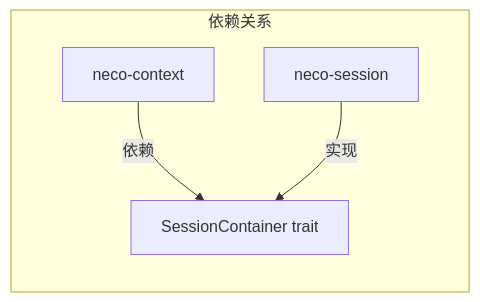
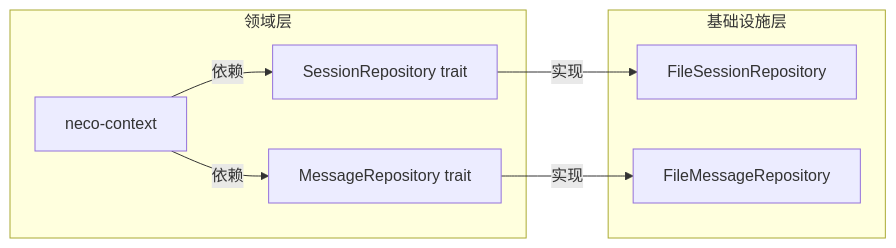
One commit to MiyakoMeow/neco changed the second of 5 diagrams in progress/TECH-SESSION.md. Above: the diagram before and after it, drawn with Mermaid. The commit also changed other lines of this file and 11 other files, not shown here.

````diff
--- a/progress/TECH-SESSION.md
+++ b/progress/TECH-SESSION.md
@@ -47,7 +61,12 @@
 ```mermaid
 graph LR
-    subgraph "依赖关系"
-        Context[neco-context] -->|依赖| SessionContainer[SessionContainer trait]
-        Session[neco-session] -->|实现| SessionContainer
+    subgraph "领域层"
+        Context[neco-context] -->|依赖| SessionRepo[SessionRepository trait]
+        Context -->|依赖| MessageRepo[MessageRepository trait]
+    end
+    
+    subgraph "基础设施层"
+        SessionRepo -->|实现| FileSessionRepo[FileSessionRepository]
+        MessageRepo -->|实现| FileMessageRepo[FileMessageRepository]
     end
 ```
````
